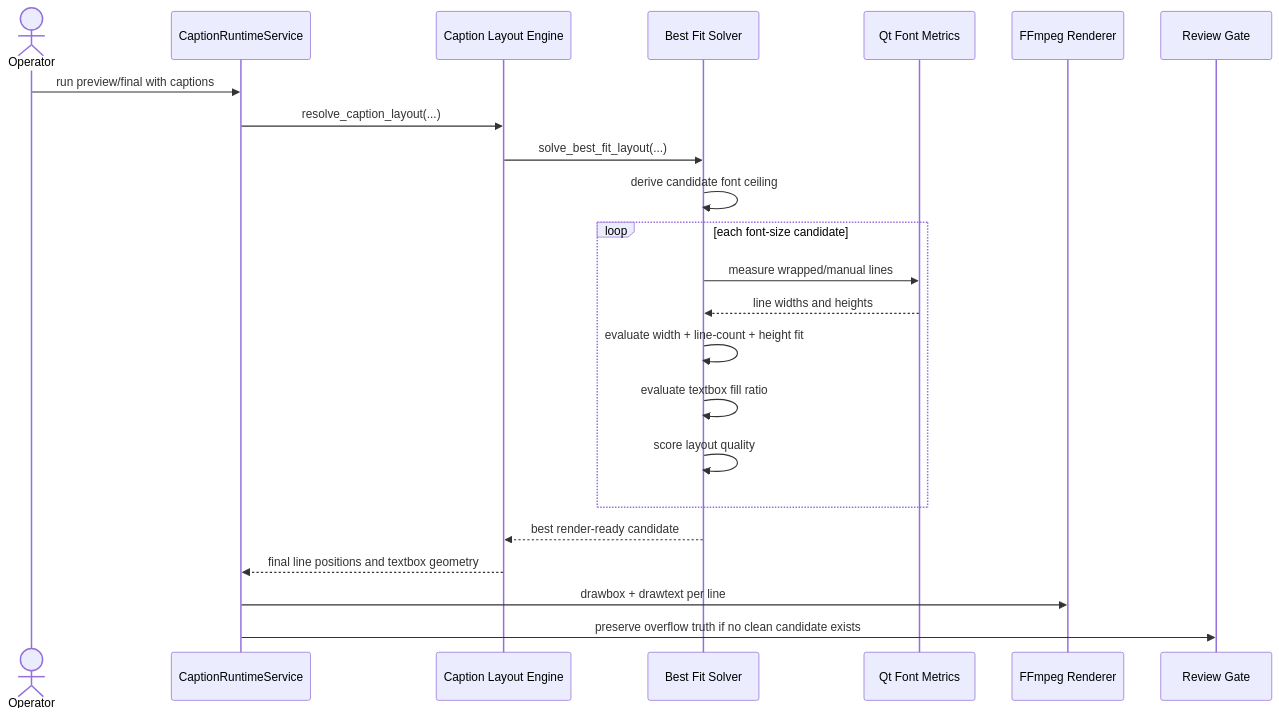
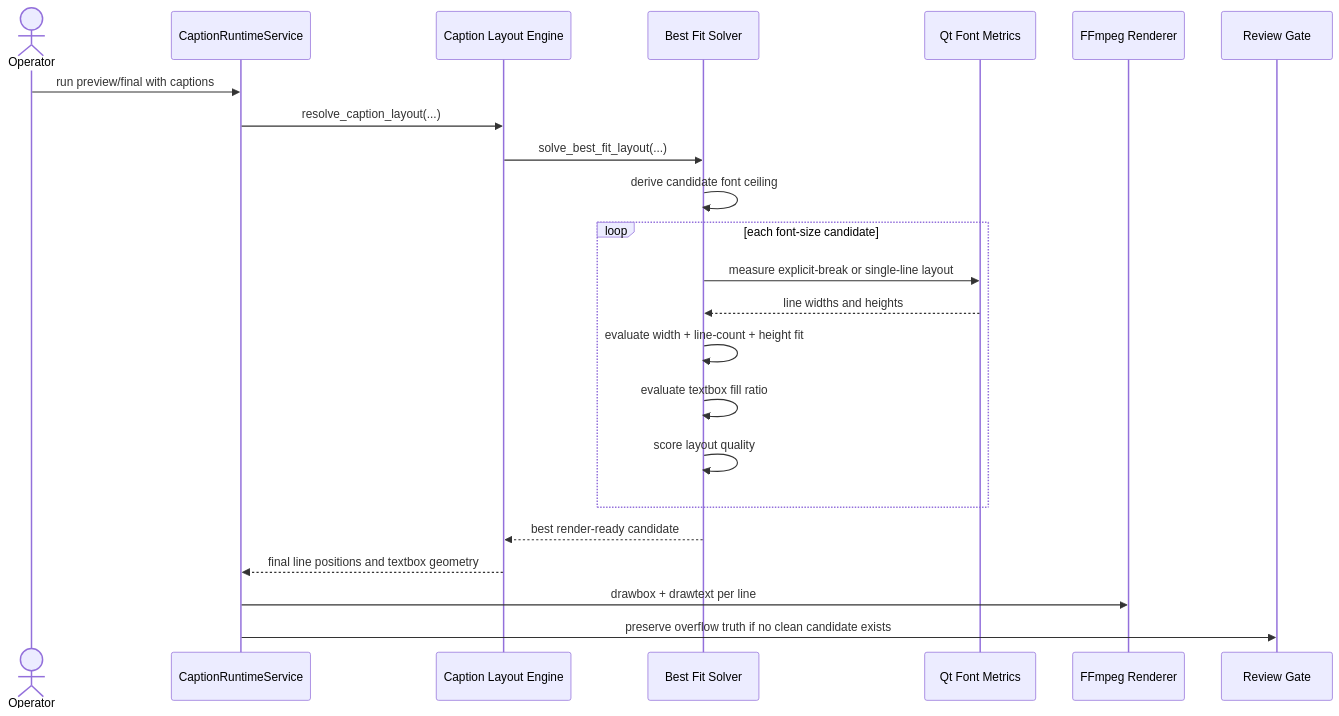
Before and after one commit to idev006/MTClipFactory: the second of 2 diagrams in doc/52_Best_Fit_Caption_Solver_Workflow_2026-06-15.md, drawn with Mermaid. The commit also changed other lines of this file and 33 other files, not shown here.

````diff
--- a/doc/52_Best_Fit_Caption_Solver_Workflow_2026-06-15.md
+++ b/doc/52_Best_Fit_Caption_Solver_Workflow_2026-06-15.md
@@ -97,26 +98,26 @@
 ```mermaid
 sequenceDiagram
     actor Operator
     participant Runtime as CaptionRuntimeService
     participant Layout as Caption Layout Engine
     participant Solver as Best Fit Solver
     participant Metrics as Qt Font Metrics
     participant Render as FFmpeg Renderer
     participant Review as Review Gate
 
     Operator->>Runtime: run preview/final with captions
     Runtime->>Layout: resolve_caption_layout(...)
     Layout->>Solver: solve_best_fit_layout(...)
     Solver->>Solver: derive candidate font ceiling
     loop each font-size candidate
-        Solver->>Metrics: measure wrapped/manual lines
+        Solver->>Metrics: measure explicit-break or single-line layout
         Metrics-->>Solver: line widths and heights
         Solver->>Solver: evaluate width + line-count + height fit
         Solver->>Solver: evaluate textbox fill ratio
         Solver->>Solver: score layout quality
     end
     Solver-->>Layout: best render-ready candidate
     Layout-->>Runtime: final line positions and textbox geometry
     Runtime->>Render: drawbox + drawtext per line
     Runtime->>Review: preserve overflow truth if no clean candidate exists
 ```
````
